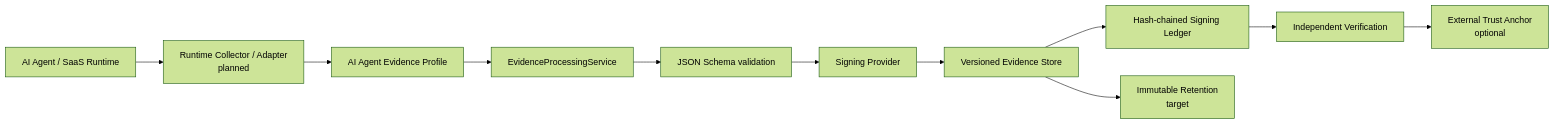
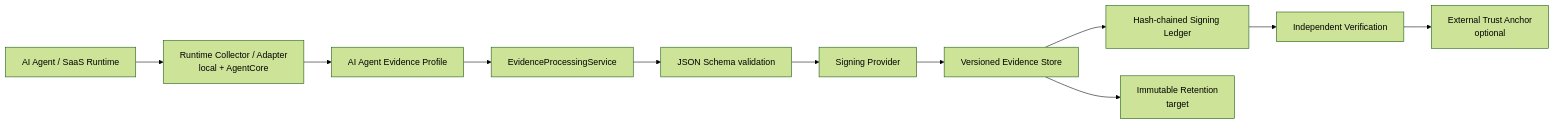
Before and after one commit to kognavi/tanden-trust-audit-poc: the first of 3 diagrams in docs/architecture-diagram.md, drawn with Mermaid (forest theme). The commit also changed other lines of this file and 9 other files, not shown here.

Commit message:
feat: complete AgentCore evidence reload path

```diff
--- a/docs/architecture-diagram.md
+++ b/docs/architecture-diagram.md
@@ -5,13 +5,13 @@
 ~~~mermaid
 flowchart LR
-    AR[AI Agent / SaaS Runtime] --> RC[Runtime Collector / Adapter<br/>planned]
+    AR[AI Agent / SaaS Runtime] --> RC[Runtime Collector / Adapter<br/>local + AgentCore]
     RC --> AE[AI Agent Evidence Profile]
     AE --> PS[EvidenceProcessingService]
     PS --> SC[JSON Schema validation]
     SC --> SG[Signing Provider]
     SG --> ES[Versioned Evidence Store]
     ES --> LG[Hash-chained Signing Ledger]
     LG --> VR[Independent Verification]
     ES --> IM[Immutable Retention<br/>target]
     VR --> XA[External Trust Anchor<br/>optional]
 ~~~
```
